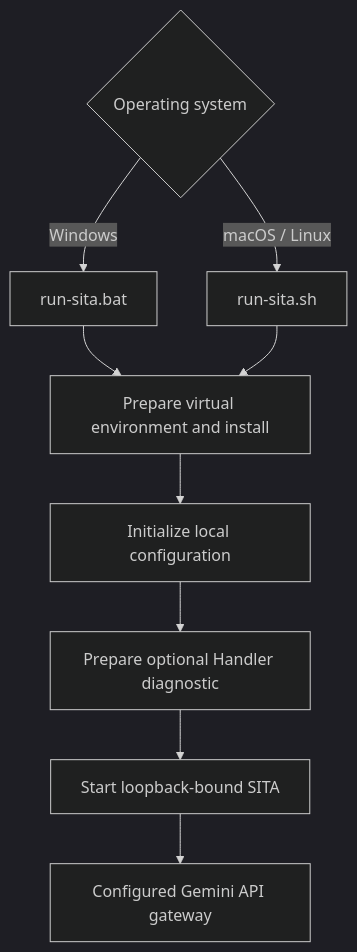
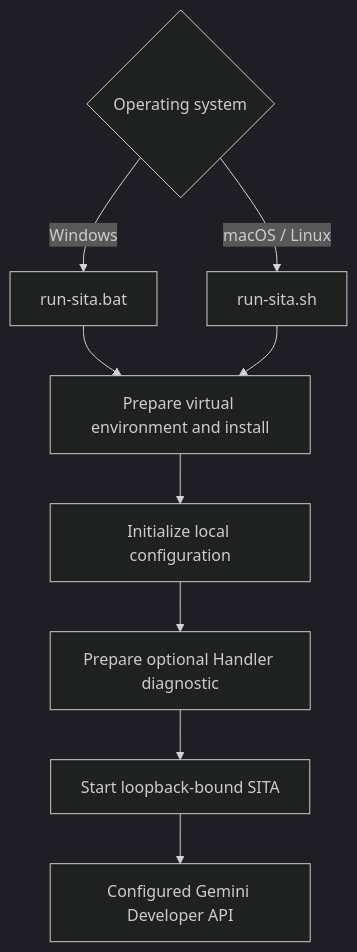
Diagram 11 of 12 in README.md (deathkernel/SITA), drawn with Mermaid (dark theme) before and after one commit. The commit also changed other lines of this file, not shown here.

Commit message:
Correct README for direct Gemini Developer API use

````diff
--- a/README.md
+++ b/README.md
@@ -487,11 +487,11 @@
 ```mermaid
 flowchart TD
   Platform{Operating system} -->|Windows| BAT[run-sita.bat]
   Platform -->|macOS / Linux| SH[run-sita.sh]
   BAT --> VENV[Prepare virtual environment and install]
   SH --> VENV
   VENV --> Config[Initialize local configuration]
   Config --> Handler[Prepare optional Handler diagnostic]
   Handler --> App[Start loopback-bound SITA]
-  App --> Gateway[Configured Gemini API gateway]
+  App --> Gateway[Configured Gemini Developer API]
 ```
````
